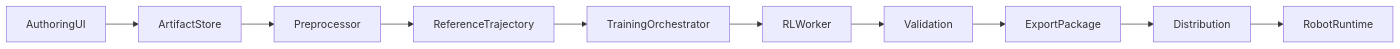
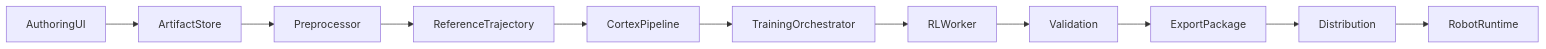
One commit to Saitosar/AUROSY-Skill-Factory-Platform changed the first of 3 diagrams in docs/skill_foundry/02_architecture.md. Above: the diagram before and after it, drawn with Mermaid. The commit also changed other lines of this file and 15 other files, not shown here.

First line of the commit message:
feat: Add Cortex Pipeline for NMR + RL safe motion training

````diff
--- a/docs/skill_foundry/02_architecture.md
+++ b/docs/skill_foundry/02_architecture.md
@@ -7,12 +7,13 @@
 ```mermaid
 flowchart LR
   user[AuthoringUI] --> store[ArtifactStore]
   store --> pre[Preprocessor]
   pre --> ref[ReferenceTrajectory]
-  ref --> queue[TrainingOrchestrator]
+  ref --> cortex[CortexPipeline]
+  cortex --> queue[TrainingOrchestrator]
   queue --> worker[RLWorker]
   worker --> val[Validation]
   val --> pack[ExportPackage]
   pack --> dist[Distribution]
   dist --> runtime[RobotRuntime]
 ```
````
